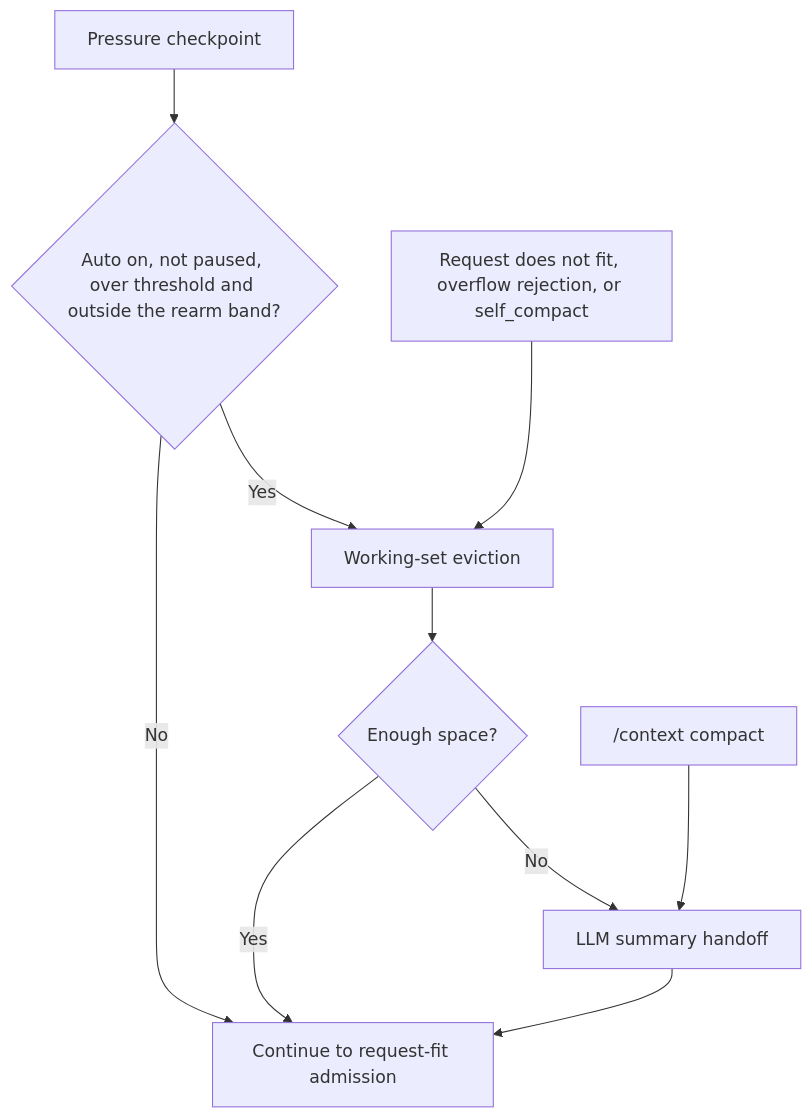
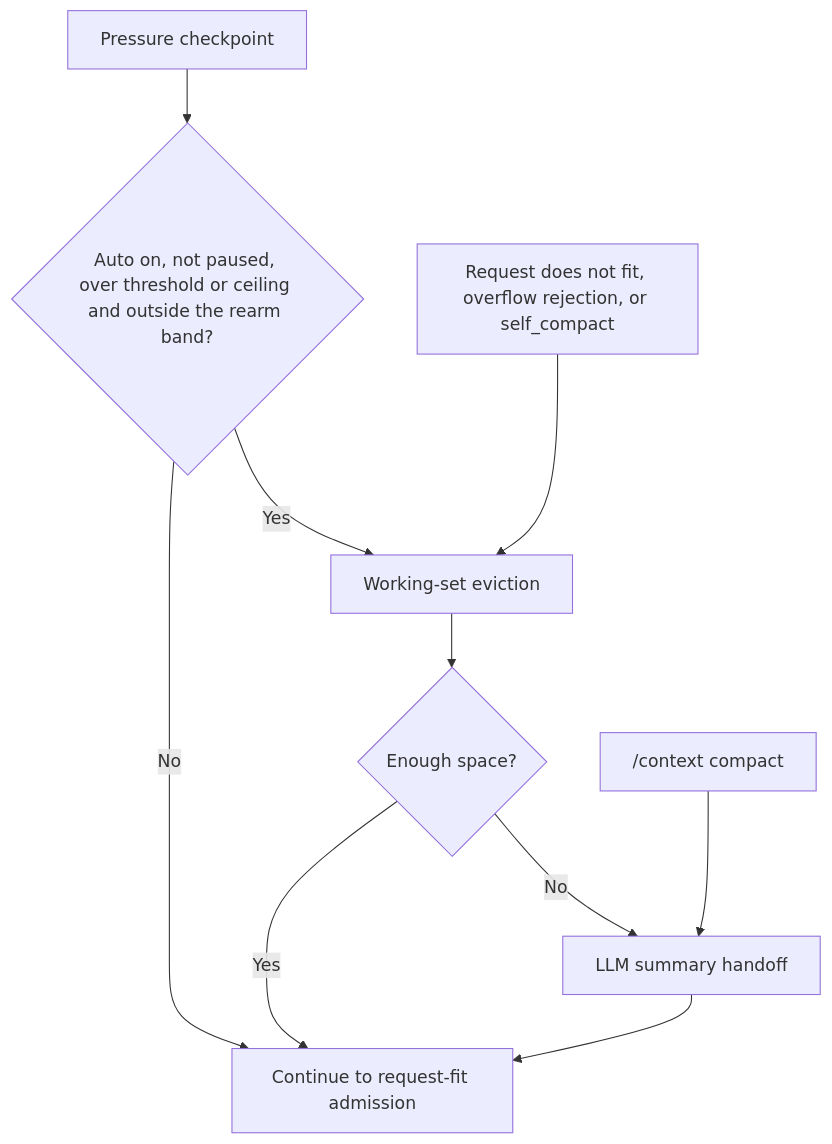
Before and after one commit to iowarp/clio-coder: the diagram in docs/architecture/context-engine.md, drawn with Mermaid. The commit also changed other lines of this file and 13 other files, not shown here.

````diff
--- a/docs/architecture/context-engine.md
+++ b/docs/architecture/context-engine.md
@@ -100,12 +102,12 @@
 ```mermaid
 flowchart TD
-    A["Pressure checkpoint"] --> B{"Auto on, not paused, over threshold and outside the rearm band?"}
+    A["Pressure checkpoint"] --> B{"Auto on, not paused, over threshold or ceiling and outside the rearm band?"}
     B -- No --> C["Continue to request-fit admission"]
     B -- Yes --> D["Working-set eviction"]
     X["Request does not fit, overflow rejection, or self_compact"] --> D
     D --> E{"Enough space?"}
     E -- Yes --> C
     E -- No --> F["LLM summary handoff"]
     M["/context compact"] --> F
     F --> C
 ```
````
